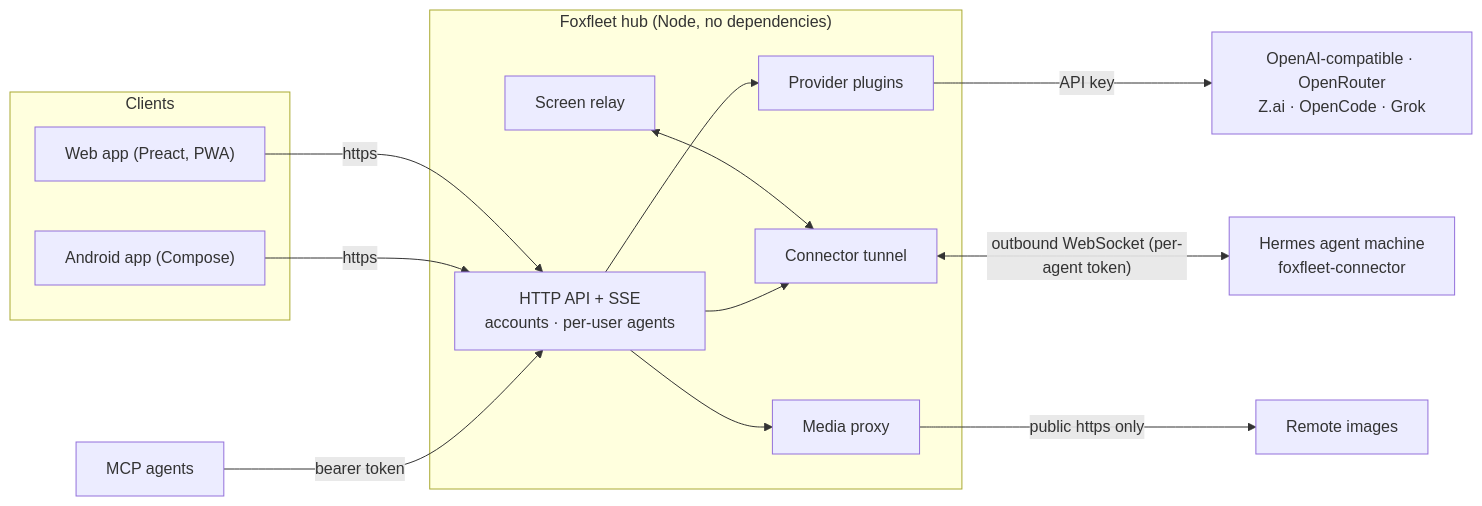
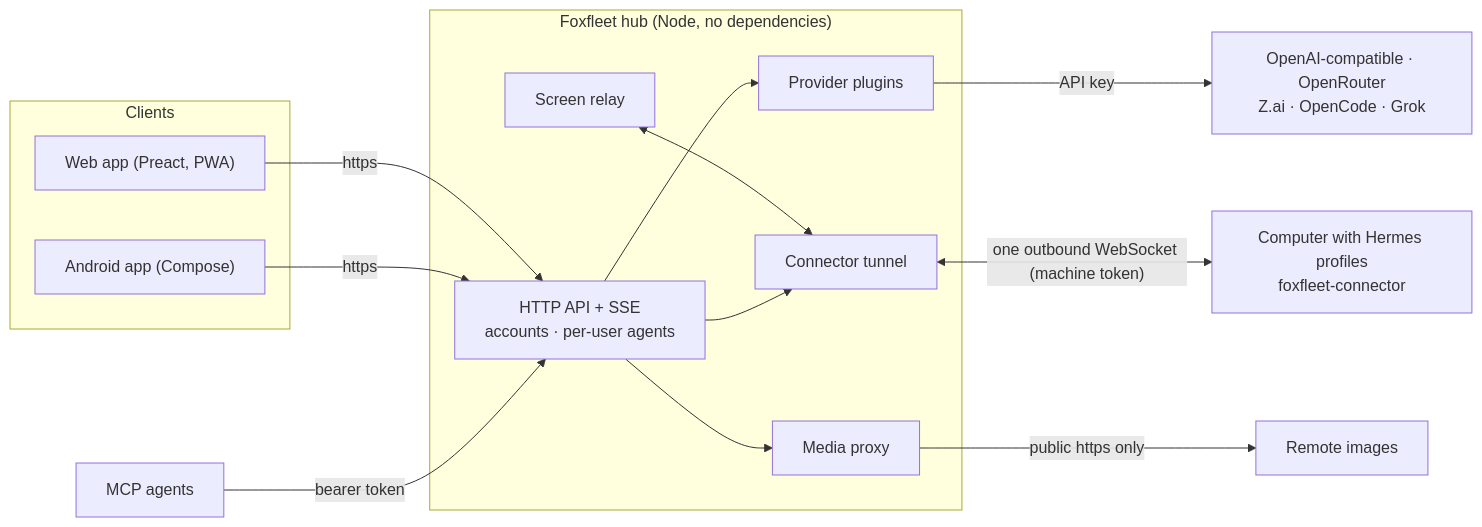
The diagram in README.md (TinkerDoge/FoxFleet), drawn with Mermaid before and after one commit. The commit also changed other lines of this file and 38 other files, not shown here.

Commit message:
android: Machines screen + Connect a machine flow, foxfleet://pair deep link; docs, changelog, roadmap and shots for easy onboarding

````diff
--- a/README.md
+++ b/README.md
@@ -145,23 +144,23 @@
 ```mermaid
 flowchart LR
   subgraph Clients
     W["Web app (Preact, PWA)"]
     A["Android app (Compose)"]
   end
   subgraph Hub["Foxfleet hub (Node, no dependencies)"]
     API["HTTP API + SSE\naccounts · per-user agents"]
     P["Provider plugins"]
     C["Connector tunnel"]
     S["Screen relay"]
     M["Media proxy"]
   end
   W -- https --> API
   A -- https --> API
   API --> P
   P -- API key --> LLM["OpenAI-compatible · OpenRouter\nZ.ai · OpenCode · Grok"]
-  C <-- "outbound WebSocket (per-agent token)" --> H["Hermes agent machine\nfoxfleet-connector"]
+  C <-- "one outbound WebSocket (machine token)" --> H["Computer with Hermes profiles\nfoxfleet-connector"]
   S <--> C
   API --> C
   API --> M -- "public https only" --> IMG["Remote images"]
   MCP["MCP agents"] -- "bearer token" --> API
 ```
````
